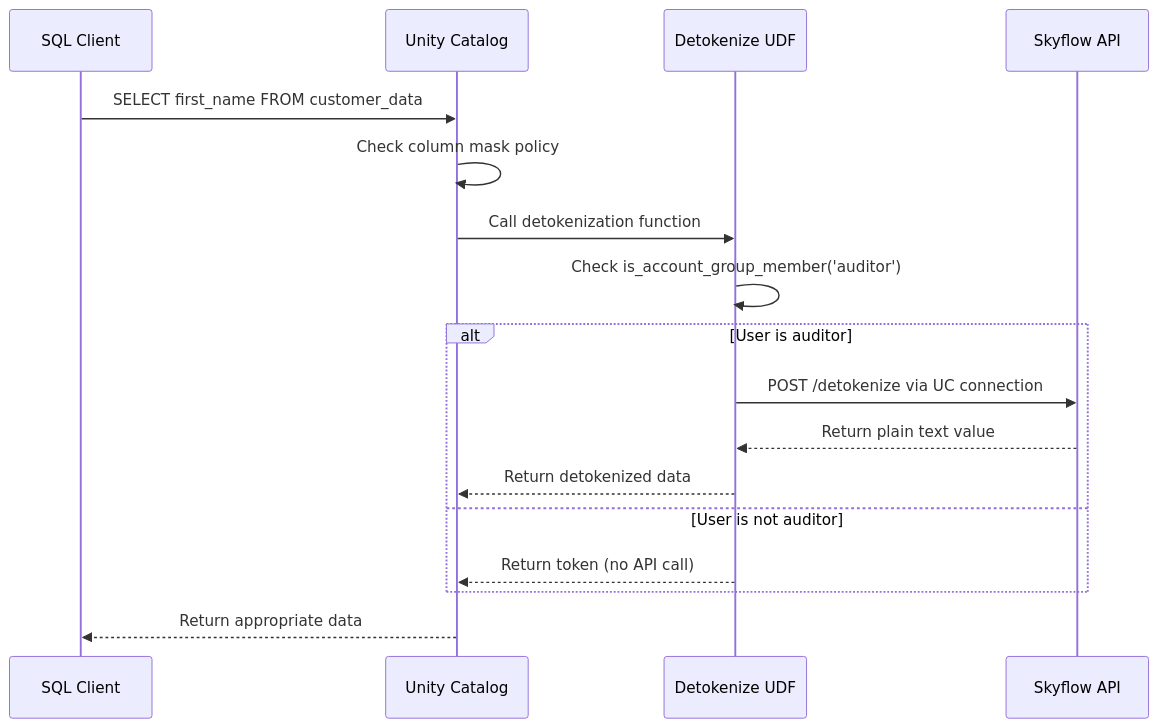
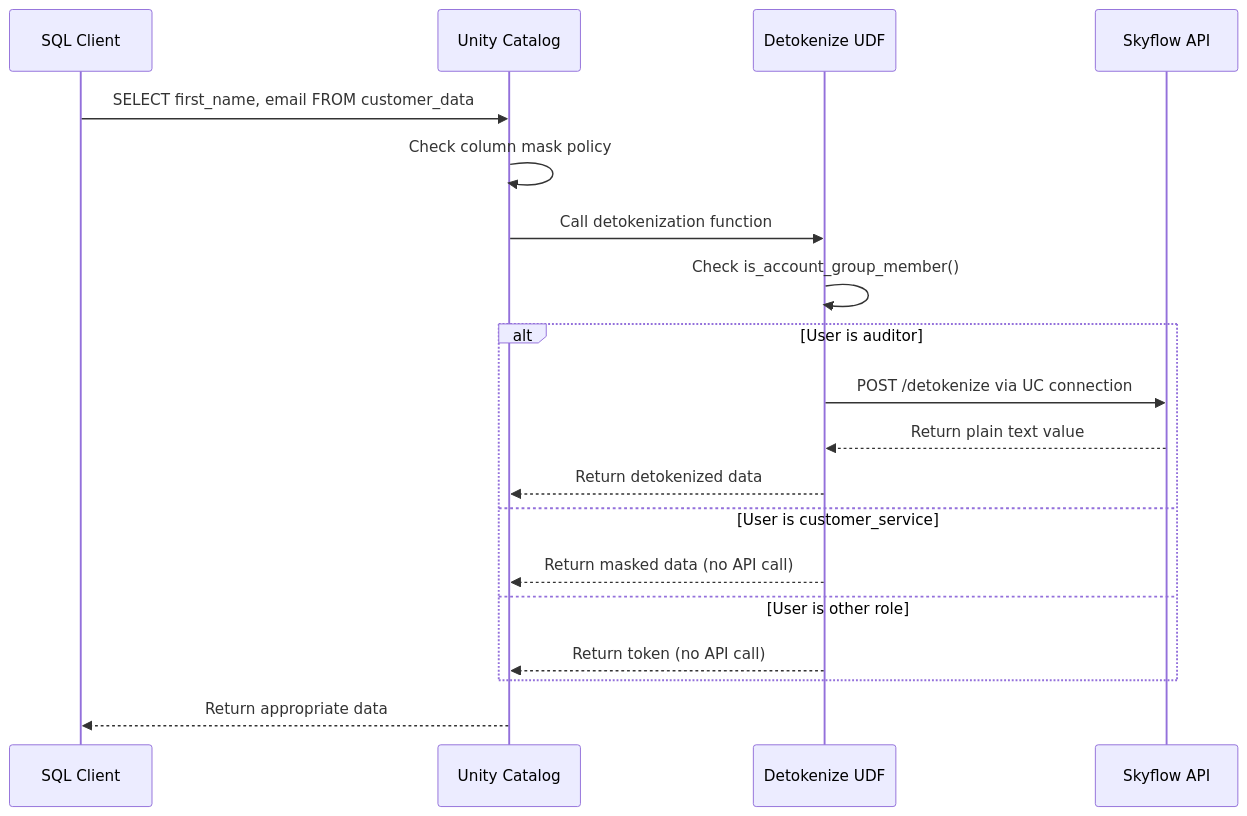
One commit to SkyflowFoundry/Databricks changed the diagram in README.md. Above: the diagram before and after it, drawn with Mermaid. The commit also changed other lines of this file and 42 other files, not shown here.

````diff
--- a/README.md
+++ b/README.md
@@ -131,22 +96,24 @@
 ```mermaid
 sequenceDiagram
     participant Client as SQL Client
     participant UC as Unity Catalog
     participant UDF as Detokenize UDF
     participant SF as Skyflow API
     
-    Client->>UC: SELECT first_name FROM customer_data
+    Client->>UC: SELECT first_name, email FROM customer_data
     UC->>UC: Check column mask policy
     UC->>UDF: Call detokenization function
-    UDF->>UDF: Check is_account_group_member('auditor')
+    UDF->>UDF: Check is_account_group_member()
     
     alt User is auditor
         UDF->>SF: POST /detokenize via UC connection
         SF-->>UDF: Return plain text value
         UDF-->>UC: Return detokenized data
-    else User is not auditor
+    else User is customer_service  
+        UDF-->>UC: Return masked data (no API call)
+    else User is other role
         UDF-->>UC: Return token (no API call)
     end
     
     UC-->>Client: Return appropriate data
 ```
````
